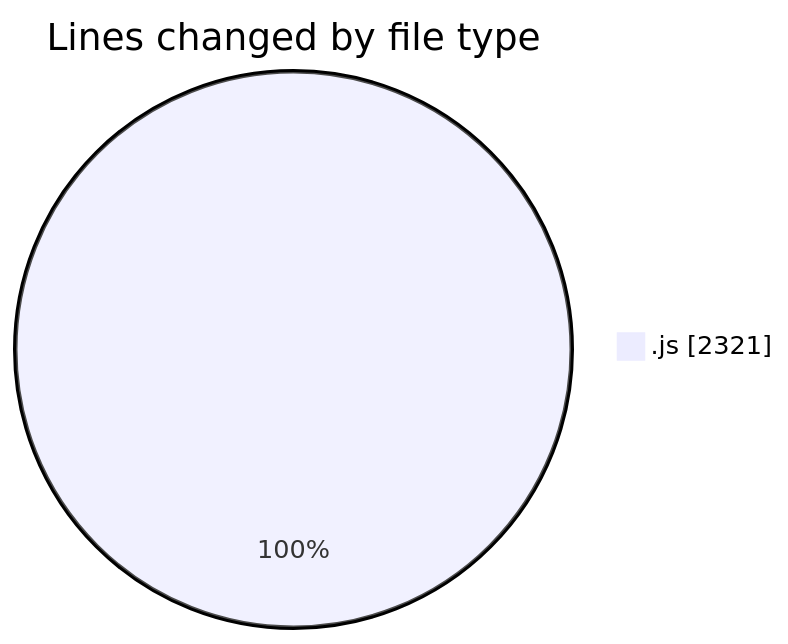
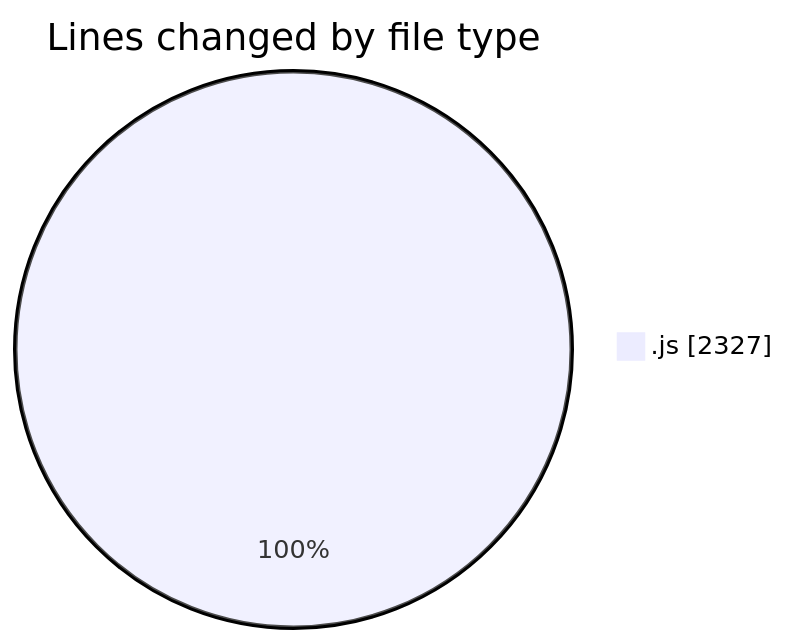
The first of 2 diagrams in 2026-01-04/nxtqube_webapp/README.md (nxtqubesakshisongat/code-tracking), drawn with Mermaid before and after one commit. The commit also changed other lines of this file and 1 other file, not shown here.

````diff
--- a/2026-01-04/nxtqube_webapp/README.md
+++ b/2026-01-04/nxtqube_webapp/README.md
@@ -20,5 +20,5 @@
 ```mermaid
 pie showData
 title Lines changed by file type
-".js" : 2321
+".js" : 2327
 ```
````
